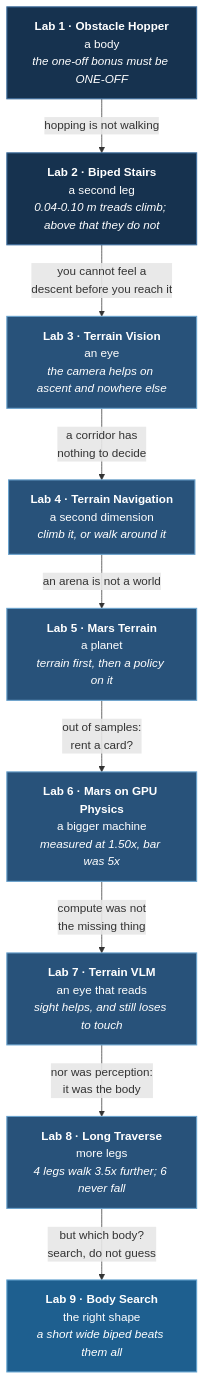
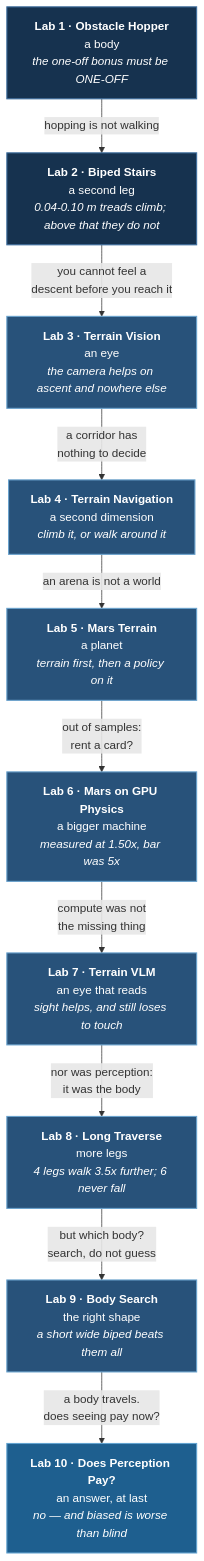
One commit to yiqiao-yin/deepspeed-course changed the first of 2 diagrams in docusaurus-docs/docs/tutorials/physical/overview.md. Above: the diagram before and after it, drawn with Mermaid. The commit also changed other lines of this file and 20 other files, not shown here.

````diff
--- a/docusaurus-docs/docs/tutorials/physical/overview.md
+++ b/docusaurus-docs/docs/tutorials/physical/overview.md
@@ -31,32 +31,34 @@
 ```mermaid
 flowchart TB
   L1["<b>Lab 1 · Obstacle Hopper</b><br/>a body<br/><i>the one-off bonus must be ONE-OFF</i>"]
   L2["<b>Lab 2 · Biped Stairs</b><br/>a second leg<br/><i>0.04-0.10 m treads climb; above that they do not</i>"]
   L3["<b>Lab 3 · Terrain Vision</b><br/>an eye<br/><i>the camera helps on ascent and nowhere else</i>"]
   L4["<b>Lab 4 · Terrain Navigation</b><br/>a second dimension<br/><i>climb it, or walk around it</i>"]
   L5["<b>Lab 5 · Mars Terrain</b><br/>a planet<br/><i>terrain first, then a policy on it</i>"]
   L6["<b>Lab 6 · Mars on GPU Physics</b><br/>a bigger machine<br/><i>measured at 1.50x, bar was 5x</i>"]
   L7["<b>Lab 7 · Terrain VLM</b><br/>an eye that reads<br/><i>sight helps, and still loses to touch</i>"]
   L8["<b>Lab 8 · Long Traverse</b><br/>more legs<br/><i>4 legs walk 3.5x further; 6 never fall</i>"]
   L9["<b>Lab 9 · Body Search</b><br/>the right shape<br/><i>a short wide biped beats them all</i>"]
+  L10["<b>Lab 10 · Does Perception Pay?</b><br/>an answer, at last<br/><i>no — and biased is worse than blind</i>"]
 
   L1 -->|"hopping is not walking"| L2
   L2 -->|"you cannot feel a<br/>descent before you reach it"| L3
   L3 -->|"a corridor has<br/>nothing to decide"| L4
   L4 -->|"an arena is not a world"| L5
   L5 -->|"out of samples:<br/>rent a card?"| L6
   L6 -->|"compute was not<br/>the missing thing"| L7
   L7 -->|"nor was perception:<br/>it was the body"| L8
   L8 -->|"but which body?<br/>search, do not guess"| L9
+  L9 -->|"a body travels.<br/>does seeing pay now?"| L10
 
   classDef deep   fill:#08182a,stroke:#2d5a86,stroke-width:1.5px,color:#ffffff
   classDef dark   fill:#0a1f33,stroke:#2d5a86,stroke-width:1.5px,color:#ffffff
   classDef base   fill:#16324f,stroke:#3f6f9f,stroke-width:1.5px,color:#ffffff
   classDef bright fill:#1e5f8f,stroke:#63a3d0,stroke-width:1.5px,color:#ffffff
   classDef steel  fill:#28527a,stroke:#6aa2cd,stroke-width:1.5px,color:#ffffff
 
   class L1,L2 base
   class L3,L4 steel
-  class L5,L6,L7,L8 steel
-  class L9 bright
+  class L5,L6,L7,L8,L9 steel
+  class L10 bright
 ```
````
